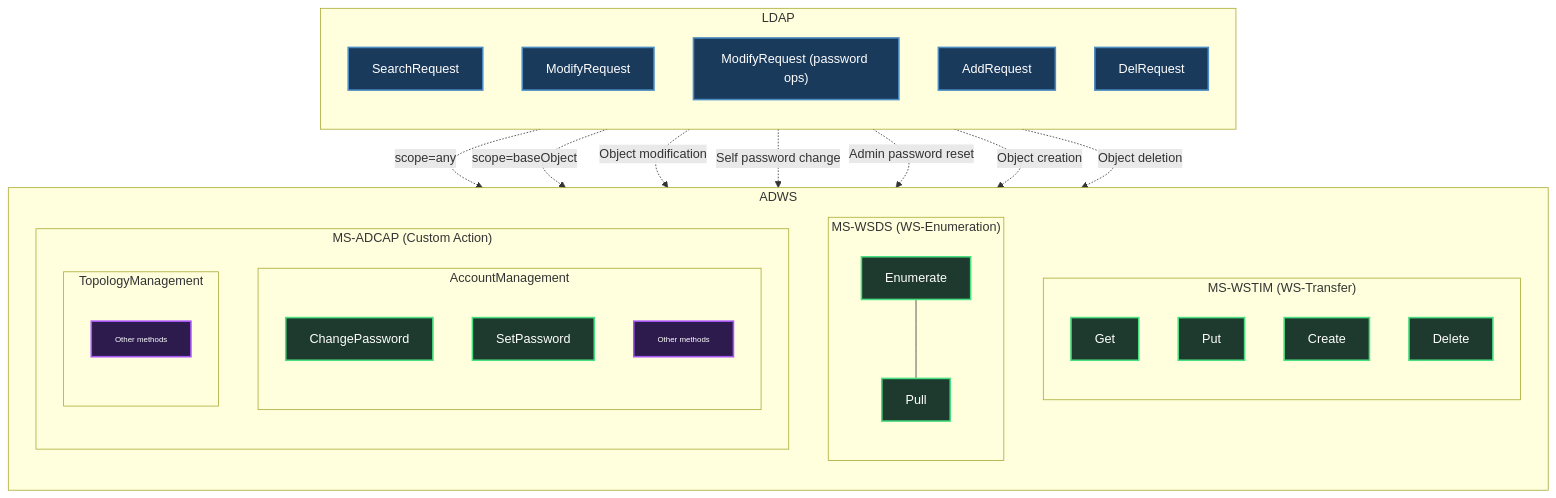
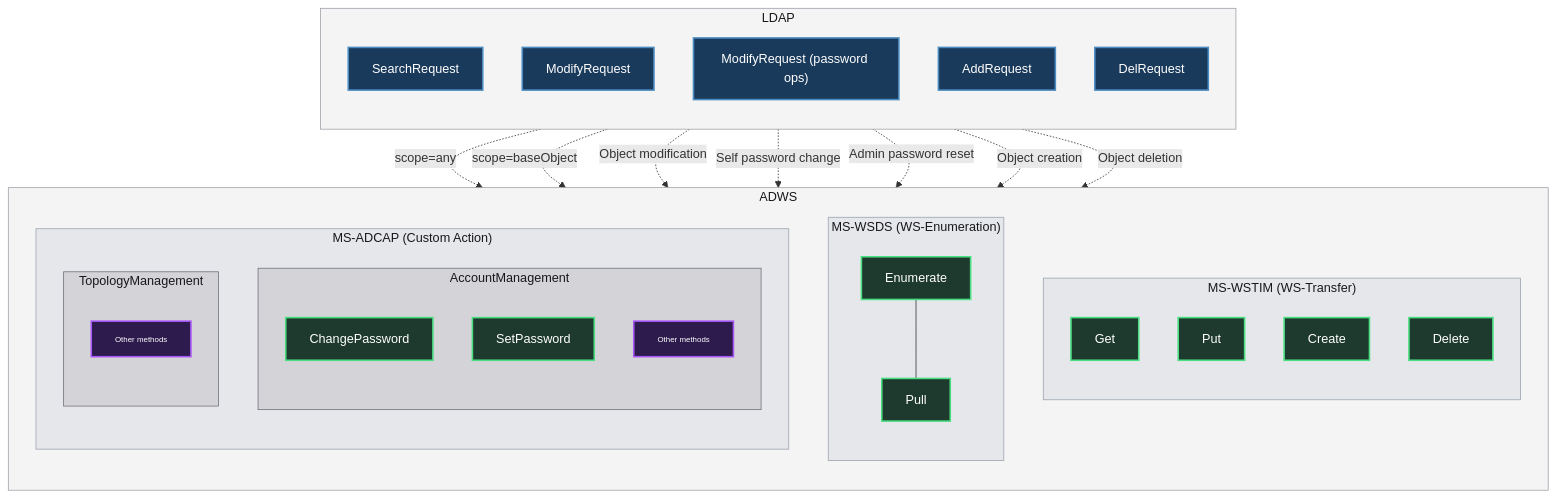
One commit to Macmod/ginpacket-wiki changed the second of 4 diagrams in articles/adws-the-soap-bridge.md. Above: the diagram before and after it, drawn with Mermaid. The commit also changed other lines of this file, not shown here.

Commit message:
Testing look with fixed colors.

````diff
--- a/articles/adws-the-soap-bridge.md
+++ b/articles/adws-the-soap-bridge.md
@@ -324,55 +332,63 @@
 ```mermaid
 flowchart TB
   subgraph LDAP["LDAP"]
     direction TB
     L4a["SearchRequest"]
     L4b_gen["ModifyRequest"]
     L4b_pwd["ModifyRequest (password ops)"]
     L4c["AddRequest"]
     L4d["DelRequest"]
   end
   subgraph ADWS["ADWS"]
     direction TB
     subgraph WSTransfer["MS-WSTIM (WS-Transfer)"]
       direction TB
       A4a2["Get"]
       A4b["Put"]
       A4c["Create"]
       A4d["Delete"]
     end
     subgraph WSEnum["MS-WSDS (WS-Enumeration)"]
       direction TB
       A4a["Enumerate"]
       A4e["Pull"]
       A4a --- A4e
     end
     subgraph ADCAP["MS-ADCAP (Custom Action)"]
       direction TB
       subgraph AcctMgmt["AccountManagement"]
         direction TB
         A4f["ChangePassword"]
         A4g["SetPassword"]
         A4n["Other methods"]
       end
       subgraph TopoMgmt["TopologyManagement"]
         direction TB
         A4h["Other methods"]
       end
     end
   end
 
   L4a -.->|scope=any| A4a
   L4a -.->|scope=baseObject| A4a2
   L4b_gen -.->|Object modification| A4b
   L4b_pwd -.->|Self password change| A4f
   L4b_pwd -.->|Admin password reset| A4g
   L4c -.->|Object creation| A4c
   L4d -.->|Object deletion| A4d
 
   classDef ldap fill:#1a3a5c,stroke:#4a8bc2,stroke-width:2px,color:#fff
   classDef adws fill:#1e3a2e,stroke:#4ade80,stroke-width:2px,color:#fff
   classDef other fill:#2d1b4e,stroke:#a855f7,stroke-width:2px,color:#fff,font-size:10px
   class L4a,L4b_gen,L4b_pwd,L4c,L4d ldap
   class A4a,A4e,A4a2,A4b,A4c,A4d,A4f,A4g adws
   class A4n,A4h other
+
+  style LDAP fill:#f4f4f5,stroke:#a1a1aa,color:#18181b
+  style ADWS fill:#f4f4f5,stroke:#a1a1aa,color:#18181b
+  style WSTransfer fill:#e5e7eb,stroke:#9ca3af,color:#18181b
+  style WSEnum fill:#e5e7eb,stroke:#9ca3af,color:#18181b
+  style ADCAP fill:#e5e7eb,stroke:#9ca3af,color:#18181b
+  style AcctMgmt fill:#d4d4d8,stroke:#71717a,color:#18181b
+  style TopoMgmt fill:#d4d4d8,stroke:#71717a,color:#18181b
 ```
````
